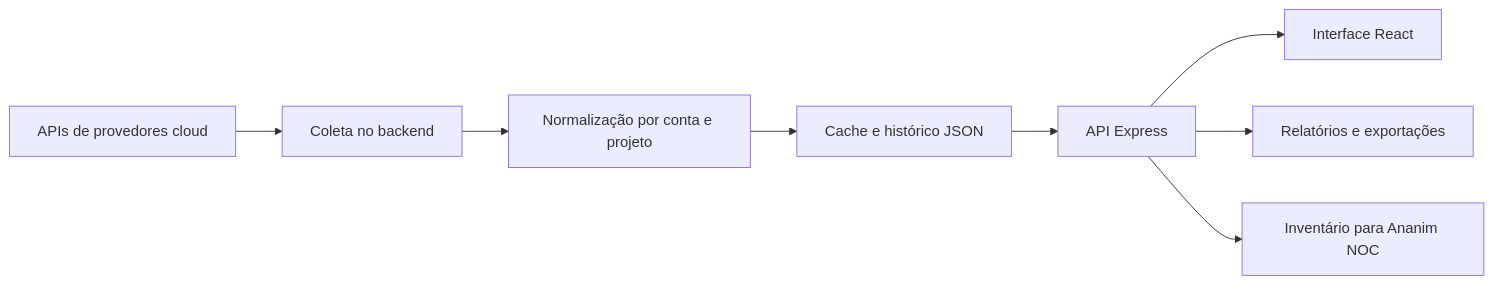
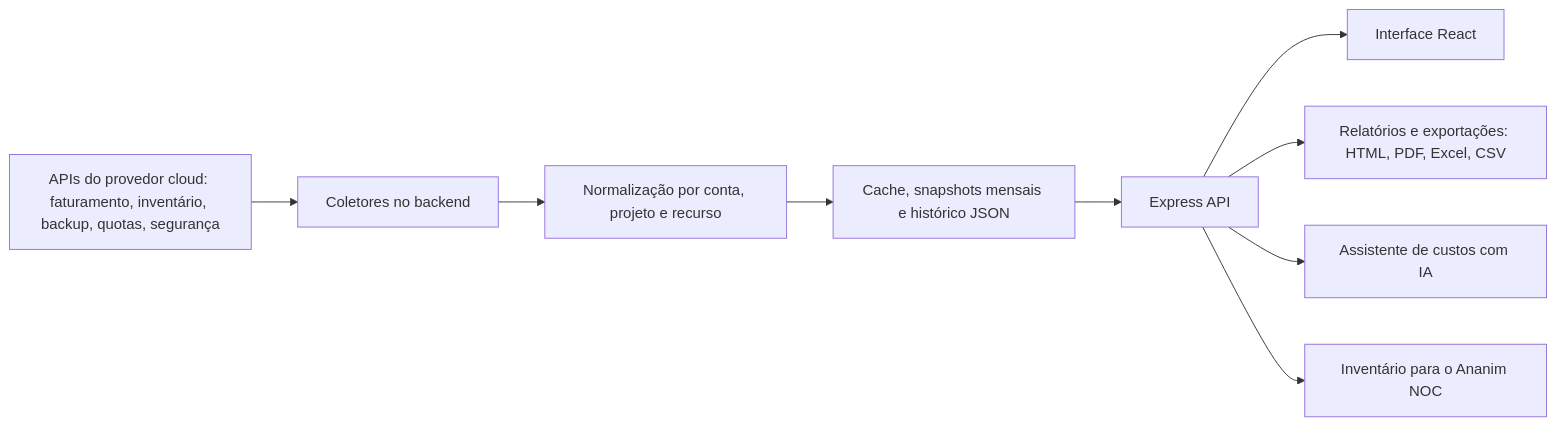
The second of 2 diagrams in ARCHITECTURE.md (gsouzacloud/cloud-report-portfolio), drawn with Mermaid before and after one commit. The commit also changed other lines of this file and 23 other files, not shown here.

````diff
--- a/ARCHITECTURE.md
+++ b/ARCHITECTURE.md
@@ -5,10 +48,11 @@
 ```mermaid
 flowchart LR
-  A[APIs de provedores cloud] --> B[Coleta no backend]
-  B --> C[Normalização por conta e projeto]
-  C --> D[Cache e histórico JSON]
-  D --> E[API Express]
+  A[APIs do provedor cloud: faturamento, inventário, backup, quotas, segurança] --> B[Coletores no backend]
+  B --> C[Normalização por conta, projeto e recurso]
+  C --> D[Cache, snapshots mensais e histórico JSON]
+  D --> E[Express API]
   E --> F[Interface React]
-  E --> G[Relatórios e exportações]
-  E --> H[Inventário para Ananim NOC]
+  E --> G[Relatórios e exportações: HTML, PDF, Excel, CSV]
+  E --> H[Assistente de custos com IA]
+  E --> I[Inventário para o Ananim NOC]
 ```
````
